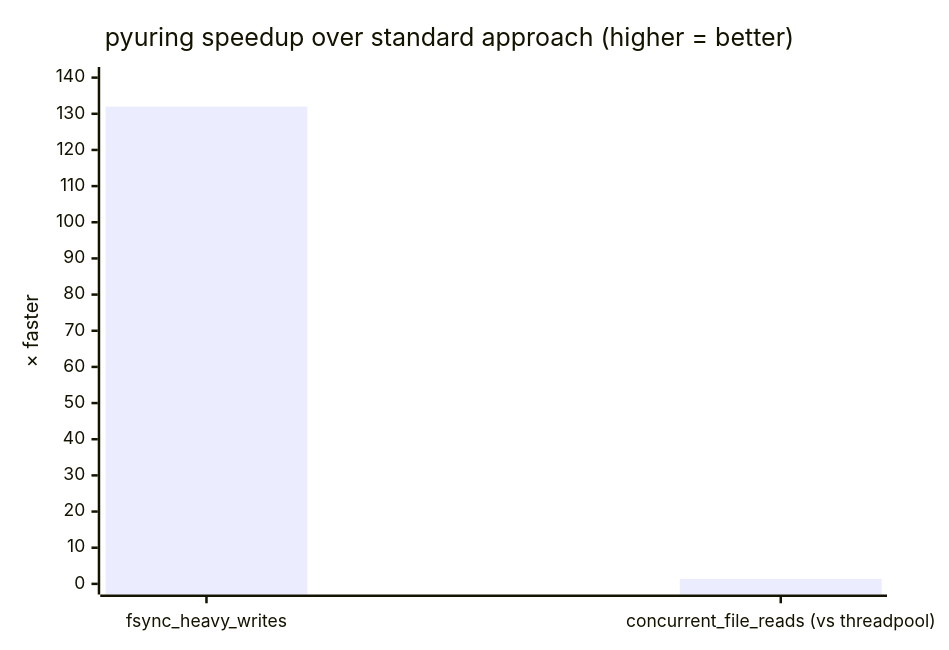
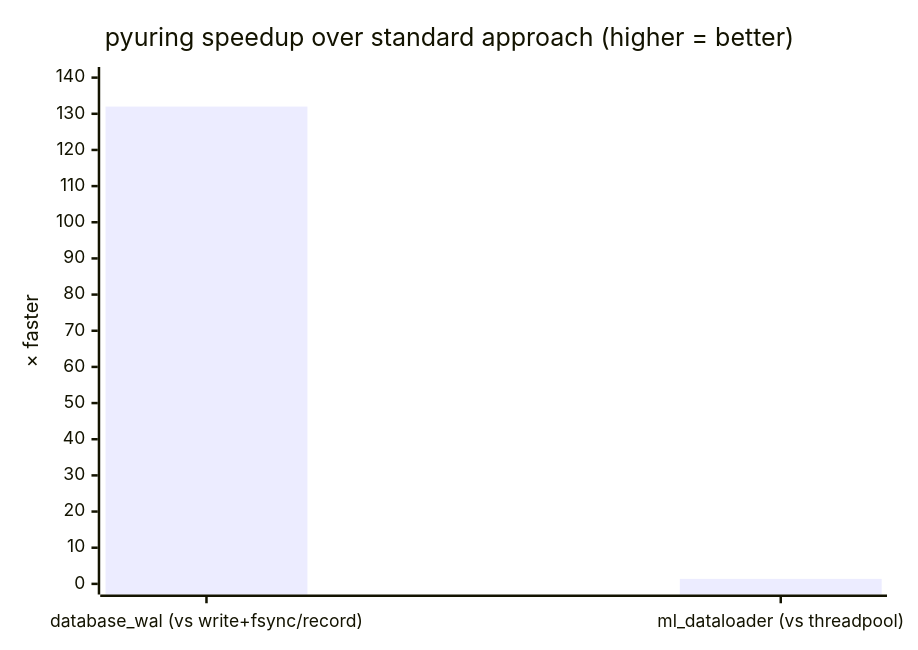
One commit to kangtegong/pyuring changed the third of 3 diagrams in examples/EXAMPLES.md. Above: the diagram before and after it, drawn with Mermaid. The commit also changed other lines of this file and 3 other files, not shown here.

````diff
--- a/examples/EXAMPLES.md
+++ b/examples/EXAMPLES.md
@@ -204,7 +178,7 @@
 ```mermaid
 xychart-beta
     title "pyuring speedup over standard approach (higher = better)"
-    x-axis ["fsync_heavy_writes", "concurrent_file_reads (vs threadpool)"]
+    x-axis ["database_wal (vs write+fsync/record)", "ml_dataloader (vs threadpool)"]
     y-axis "× faster" 0 --> 140
     bar [132, 1.38]
 ```
````
